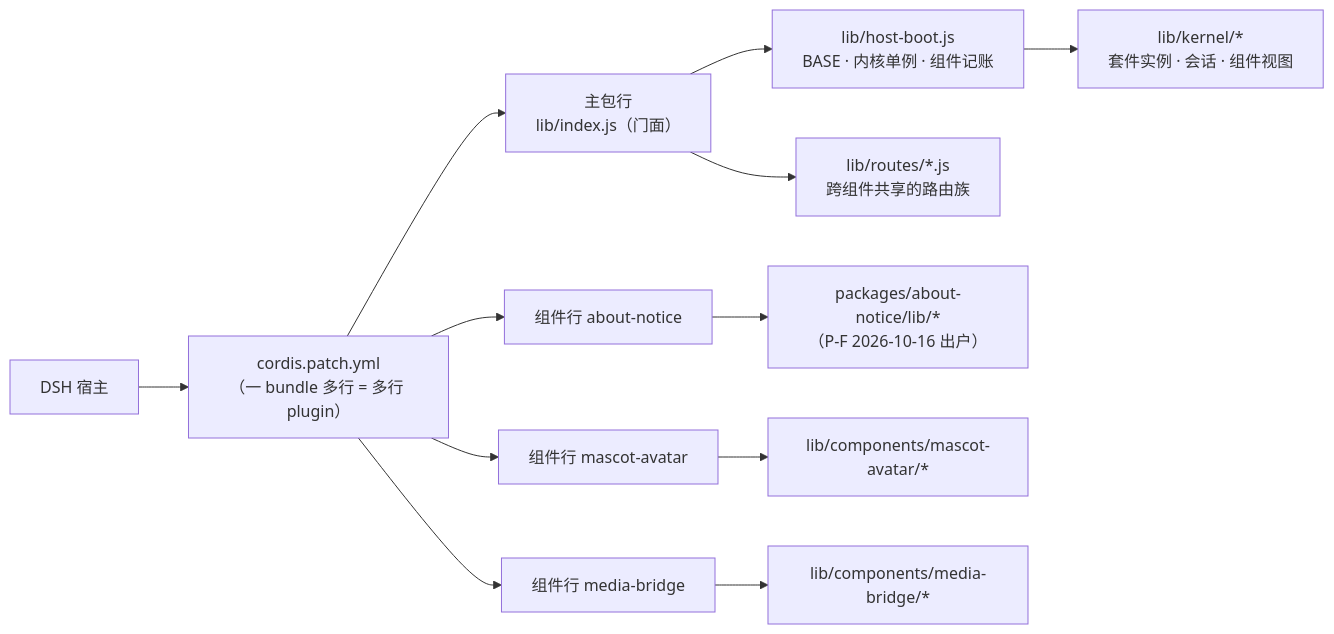
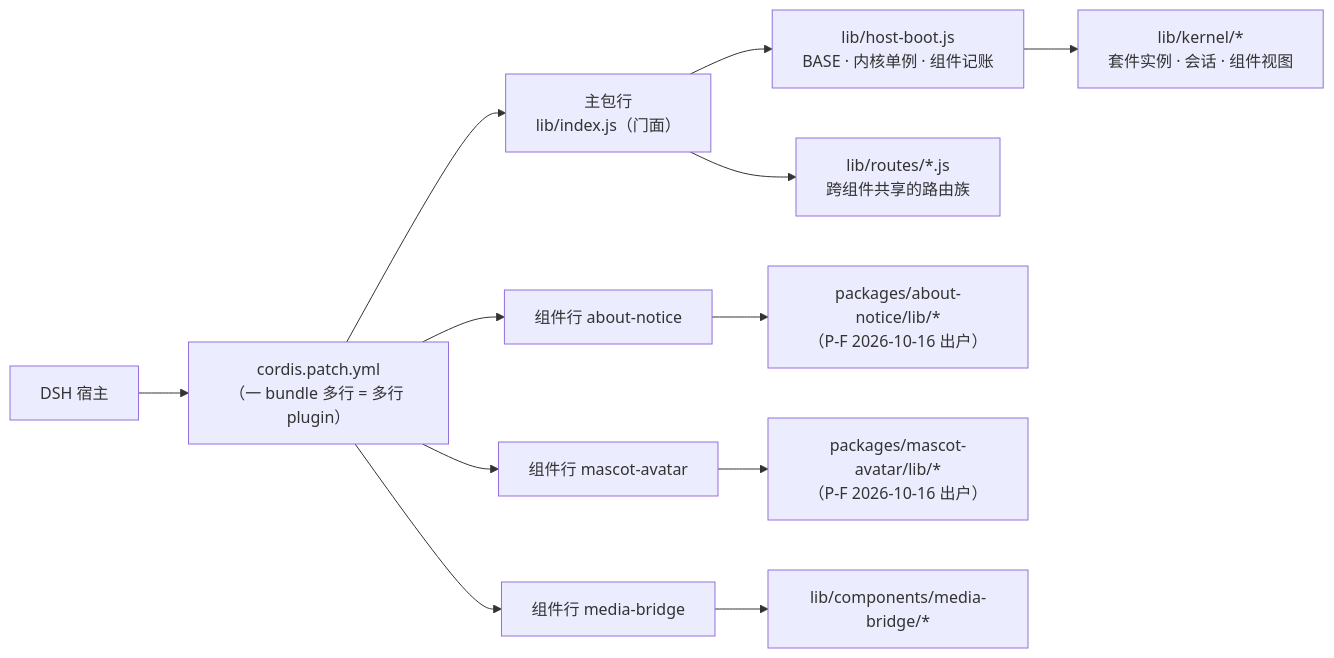
Before and after one commit to AuroraAeon/dsh-wallpaper-engine: the diagram in docs/ARCHITECTURE-SPLIT.md, drawn with Mermaid. The commit also changed other lines of this file and 23 other files, not shown here.

First line of the commit message:
refactor(bundle-split): P-F 批 2a —— mascot-avatar 出户 + 门面装载路径补 http 面

````diff
--- a/docs/ARCHITECTURE-SPLIT.md
+++ b/docs/ARCHITECTURE-SPLIT.md
@@ -35,14 +35,14 @@
 ```mermaid
 graph LR
     HOST["DSH 宿主"] --> P["cordis.patch.yml<br/>（一 bundle 多行 = 多行 plugin）"]
     P --> MAIN["主包行<br/>lib/index.js（门面）"]
     P --> C1["组件行 about-notice"]
     P --> C2["组件行 mascot-avatar"]
     P --> C3["组件行 media-bridge"]
     MAIN --> BOOT["lib/host-boot.js<br/>BASE · 内核单例 · 组件记账"]
     BOOT --> KN["lib/kernel/*<br/>套件实例 · 会话 · 组件视图"]
     MAIN --> R["lib/routes/*.js<br/>跨组件共享的路由族"]
     C1 --> R1["packages/about-notice/lib/*<br/>（P-F 2026-10-16 出户）"]
-    C2 --> R2["lib/components/mascot-avatar/*"]
+    C2 --> R2["packages/mascot-avatar/lib/*<br/>（P-F 2026-10-16 出户）"]
     C3 --> R3["lib/components/media-bridge/*"]
 ```
````
